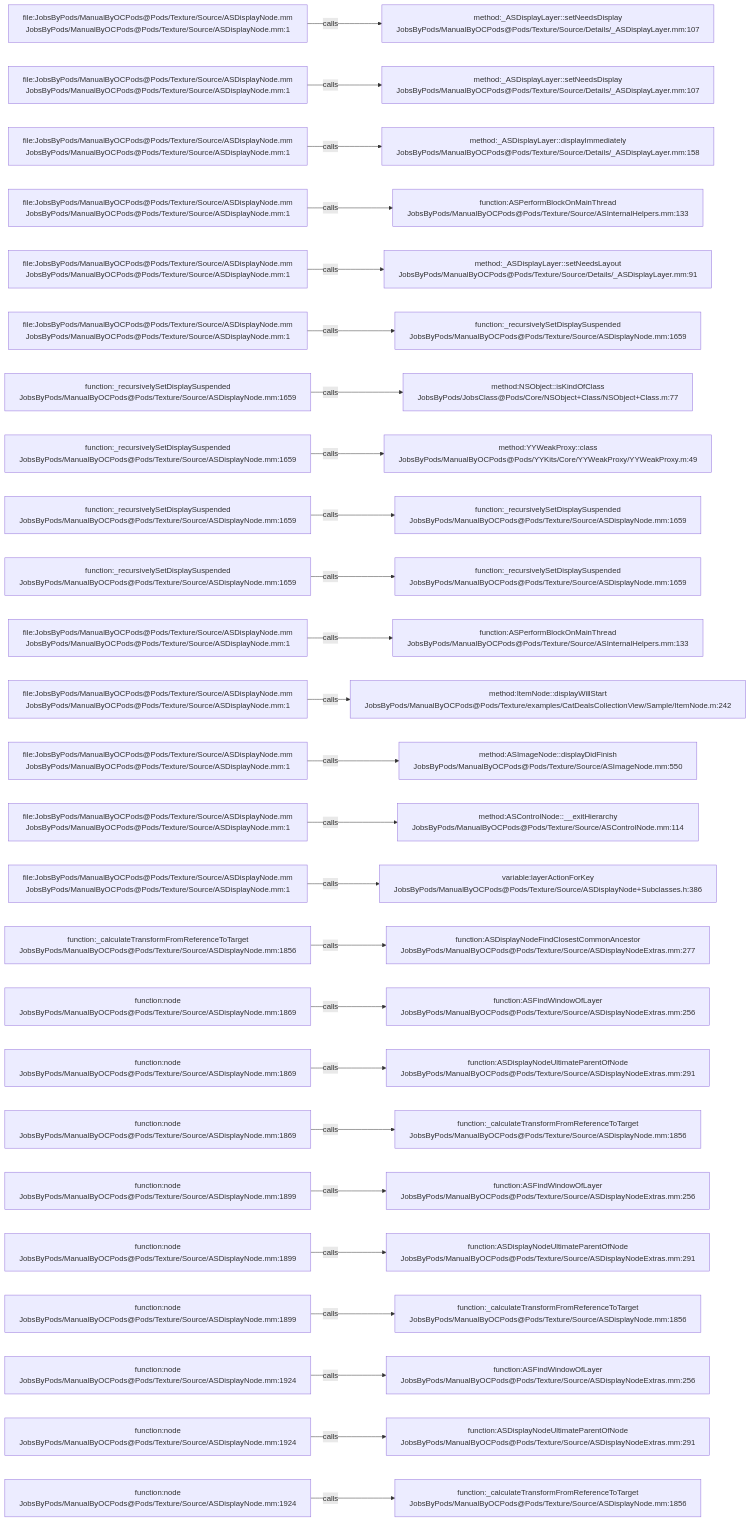
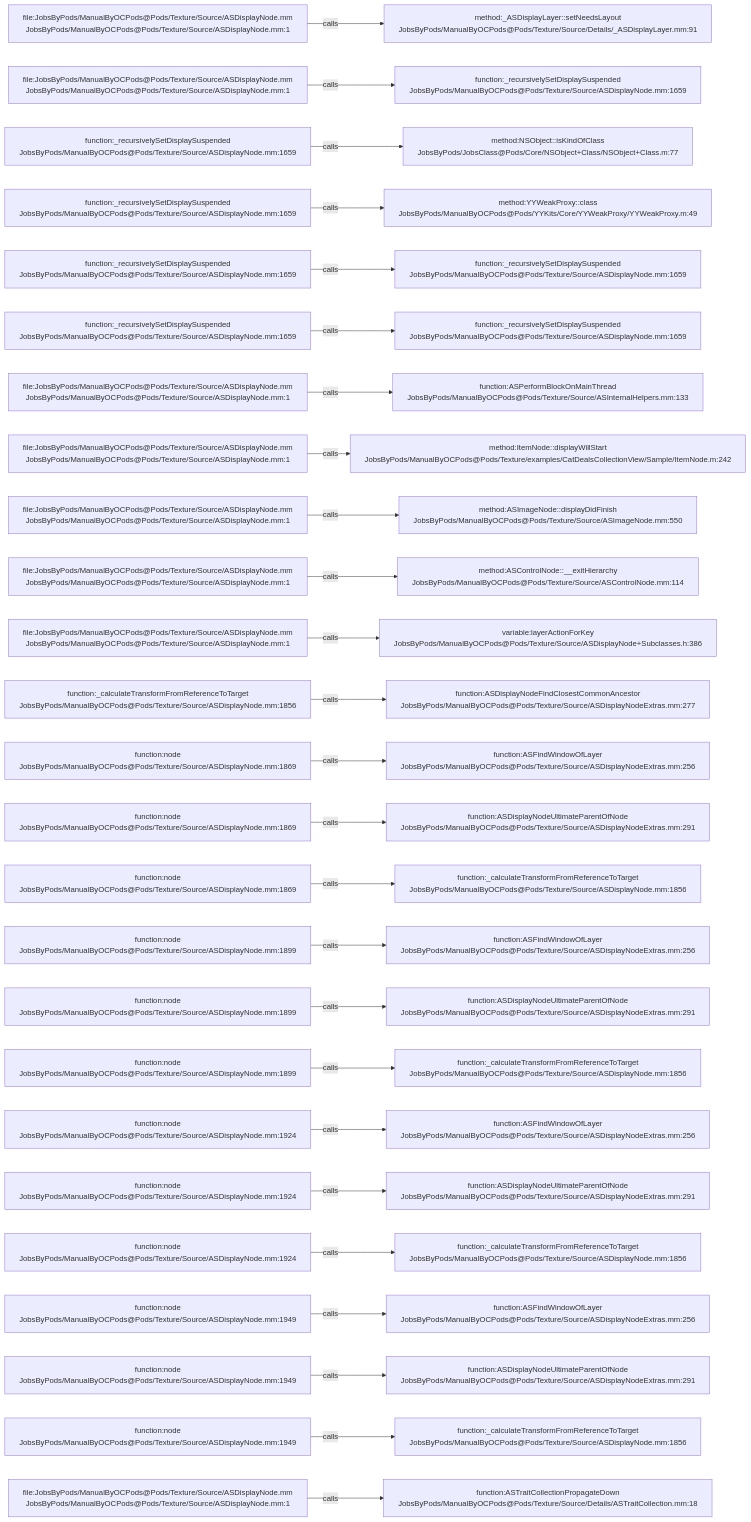
One commit to JobsKits/JobsOCBaseConfigDemo changed the diagram in .codegraph/codegraph.md/graphs/calls-098.md. Above: the diagram before and after it, drawn with Mermaid. The commit also changed 727 other files, not shown here.

````diff
--- a/.codegraph/codegraph.md/graphs/calls-098.md
+++ b/.codegraph/codegraph.md/graphs/calls-098.md
@@ -13,78 +13,78 @@
 ```mermaid
 flowchart LR
   S1["file:JobsByPods/ManualByOCPods@Pods/Texture/Source/ASDisplayNode.mm<br/>JobsByPods/ManualByOCPods@Pods/Texture/Source/ASDisplayNode.mm:1"]
-  T1["method:_ASDisplayLayer::setNeedsDisplay<br/>JobsByPods/ManualByOCPods@Pods/Texture/Source/Details/_ASDisplayLayer.mm:107"]
+  T1["method:_ASDisplayLayer::setNeedsLayout<br/>JobsByPods/ManualByOCPods@Pods/Texture/Source/Details/_ASDisplayLayer.mm:91"]
   S1 -->|calls| T1
   S2["file:JobsByPods/ManualByOCPods@Pods/Texture/Source/ASDisplayNode.mm<br/>JobsByPods/ManualByOCPods@Pods/Texture/Source/ASDisplayNode.mm:1"]
-  T2["method:_ASDisplayLayer::setNeedsDisplay<br/>JobsByPods/ManualByOCPods@Pods/Texture/Source/Details/_ASDisplayLayer.mm:107"]
+  T2["function:_recursivelySetDisplaySuspended<br/>JobsByPods/ManualByOCPods@Pods/Texture/Source/ASDisplayNode.mm:1659"]
   S2 -->|calls| T2
-  S3["file:JobsByPods/ManualByOCPods@Pods/Texture/Source/ASDisplayNode.mm<br/>JobsByPods/ManualByOCPods@Pods/Texture/Source/ASDisplayNode.mm:1"]
-  T3["method:_ASDisplayLayer::displayImmediately<br/>JobsByPods/ManualByOCPods@Pods/Texture/Source/Details/_ASDisplayLayer.mm:158"]
+  S3["function:_recursivelySetDisplaySuspended<br/>JobsByPods/ManualByOCPods@Pods/Texture/Source/ASDisplayNode.mm:1659"]
+  T3["method:NSObject::isKindOfClass<br/>JobsByPods/JobsClass@Pods/Core/NSObject+Class/NSObject+Class.m:77"]
   S3 -->|calls| T3
-  S4["file:JobsByPods/ManualByOCPods@Pods/Texture/Source/ASDisplayNode.mm<br/>JobsByPods/ManualByOCPods@Pods/Texture/Source/ASDisplayNode.mm:1"]
-  T4["function:ASPerformBlockOnMainThread<br/>JobsByPods/ManualByOCPods@Pods/Texture/Source/ASInternalHelpers.mm:133"]
+  S4["function:_recursivelySetDisplaySuspended<br/>JobsByPods/ManualByOCPods@Pods/Texture/Source/ASDisplayNode.mm:1659"]
+  T4["method:YYWeakProxy::class<br/>JobsByPods/ManualByOCPods@Pods/YYKits/Core/YYWeakProxy/YYWeakProxy.m:49"]
   S4 -->|calls| T4
-  S5["file:JobsByPods/ManualByOCPods@Pods/Texture/Source/ASDisplayNode.mm<br/>JobsByPods/ManualByOCPods@Pods/Texture/Source/ASDisplayNode.mm:1"]
-  T5["method:_ASDisplayLayer::setNeedsLayout<br/>JobsByPods/ManualByOCPods@Pods/Texture/Source/Details/_ASDisplayLayer.mm:91"]
+  S5["function:_recursivelySetDisplaySuspended<br/>JobsByPods/ManualByOCPods@Pods/Texture/Source/ASDisplayNode.mm:1659"]
+  T5["function:_recursivelySetDisplaySuspended<br/>JobsByPods/ManualByOCPods@Pods/Texture/Source/ASDisplayNode.mm:1659"]
   S5 -->|calls| T5
-  S6["file:JobsByPods/ManualByOCPods@Pods/Texture/Source/ASDisplayNode.mm<br/>JobsByPods/ManualByOCPods@Pods/Texture/Source/ASDisplayNode.mm:1"]
+  S6["function:_recursivelySetDisplaySuspended<br/>JobsByPods/ManualByOCPods@Pods/Texture/Source/ASDisplayNode.mm:1659"]
   T6["function:_recursivelySetDisplaySuspended<br/>JobsByPods/ManualByOCPods@Pods/Texture/Source/ASDisplayNode.mm:1659"]
   S6 -->|calls| T6
-  S7["function:_recursivelySetDisplaySuspended<br/>JobsByPods/ManualByOCPods@Pods/Texture/Source/ASDisplayNode.mm:1659"]
-  T7["method:NSObject::isKindOfClass<br/>JobsByPods/JobsClass@Pods/Core/NSObject+Class/NSObject+Class.m:77"]
+  S7["file:JobsByPods/ManualByOCPods@Pods/Texture/Source/ASDisplayNode.mm<br/>JobsByPods/ManualByOCPods@Pods/Texture/Source/ASDisplayNode.mm:1"]
+  T7["function:ASPerformBlockOnMainThread<br/>JobsByPods/ManualByOCPods@Pods/Texture/Source/ASInternalHelpers.mm:133"]
   S7 -->|calls| T7
-  S8["function:_recursivelySetDisplaySuspended<br/>JobsByPods/ManualByOCPods@Pods/Texture/Source/ASDisplayNode.mm:1659"]
-  T8["method:YYWeakProxy::class<br/>JobsByPods/ManualByOCPods@Pods/YYKits/Core/YYWeakProxy/YYWeakProxy.m:49"]
+  S8["file:JobsByPods/ManualByOCPods@Pods/Texture/Source/ASDisplayNode.mm<br/>JobsByPods/ManualByOCPods@Pods/Texture/Source/ASDisplayNode.mm:1"]
+  T8["method:ItemNode::displayWillStart<br/>JobsByPods/ManualByOCPods@Pods/Texture/examples/CatDealsCollectionView/Sample/ItemNode.m:242"]
   S8 -->|calls| T8
-  S9["function:_recursivelySetDisplaySuspended<br/>JobsByPods/ManualByOCPods@Pods/Texture/Source/ASDisplayNode.mm:1659"]
-  T9["function:_recursivelySetDisplaySuspended<br/>JobsByPods/ManualByOCPods@Pods/Texture/Source/ASDisplayNode.mm:1659"]
+  S9["file:JobsByPods/ManualByOCPods@Pods/Texture/Source/ASDisplayNode.mm<br/>JobsByPods/ManualByOCPods@Pods/Texture/Source/ASDisplayNode.mm:1"]
+  T9["method:ASImageNode::displayDidFinish<br/>JobsByPods/ManualByOCPods@Pods/Texture/Source/ASImageNode.mm:550"]
   S9 -->|calls| T9
-  S10["function:_recursivelySetDisplaySuspended<br/>JobsByPods/ManualByOCPods@Pods/Texture/Source/ASDisplayNode.mm:1659"]
-  T10["function:_recursivelySetDisplaySuspended<br/>JobsByPods/ManualByOCPods@Pods/Texture/Source/ASDisplayNode.mm:1659"]
+  S10["file:JobsByPods/ManualByOCPods@Pods/Texture/Source/ASDisplayNode.mm<br/>JobsByPods/ManualByOCPods@Pods/Texture/Source/ASDisplayNode.mm:1"]
+  T10["method:ASControlNode::__exitHierarchy<br/>JobsByPods/ManualByOCPods@Pods/Texture/Source/ASControlNode.mm:114"]
   S10 -->|calls| T10
   S11["file:JobsByPods/ManualByOCPods@Pods/Texture/Source/ASDisplayNode.mm<br/>JobsByPods/ManualByOCPods@Pods/Texture/Source/ASDisplayNode.mm:1"]
-  T11["function:ASPerformBlockOnMainThread<br/>JobsByPods/ManualByOCPods@Pods/Texture/Source/ASInternalHelpers.mm:133"]
+  T11["variable:layerActionForKey<br/>JobsByPods/ManualByOCPods@Pods/Texture/Source/ASDisplayNode+Subclasses.h:386"]
   S11 -->|calls| T11
-  S12["file:JobsByPods/ManualByOCPods@Pods/Texture/Source/ASDisplayNode.mm<br/>JobsByPods/ManualByOCPods@Pods/Texture/Source/ASDisplayNode.mm:1"]
-  T12["method:ItemNode::displayWillStart<br/>JobsByPods/ManualByOCPods@Pods/Texture/examples/CatDealsCollectionView/Sample/ItemNode.m:242"]
+  S12["function:_calculateTransformFromReferenceToTarget<br/>JobsByPods/ManualByOCPods@Pods/Texture/Source/ASDisplayNode.mm:1856"]
+  T12["function:ASDisplayNodeFindClosestCommonAncestor<br/>JobsByPods/ManualByOCPods@Pods/Texture/Source/ASDisplayNodeExtras.mm:277"]
   S12 -->|calls| T12
-  S13["file:JobsByPods/ManualByOCPods@Pods/Texture/Source/ASDisplayNode.mm<br/>JobsByPods/ManualByOCPods@Pods/Texture/Source/ASDisplayNode.mm:1"]
-  T13["method:ASImageNode::displayDidFinish<br/>JobsByPods/ManualByOCPods@Pods/Texture/Source/ASImageNode.mm:550"]
+  S13["function:node<br/>JobsByPods/ManualByOCPods@Pods/Texture/Source/ASDisplayNode.mm:1869"]
+  T13["function:ASFindWindowOfLayer<br/>JobsByPods/ManualByOCPods@Pods/Texture/Source/ASDisplayNodeExtras.mm:256"]
   S13 -->|calls| T13
-  S14["file:JobsByPods/ManualByOCPods@Pods/Texture/Source/ASDisplayNode.mm<br/>JobsByPods/ManualByOCPods@Pods/Texture/Source/ASDisplayNode.mm:1"]
-  T14["method:ASControlNode::__exitHierarchy<br/>JobsByPods/ManualByOCPods@Pods/Texture/Source/ASControlNode.mm:114"]
+  S14["function:node<br/>JobsByPods/ManualByOCPods@Pods/Texture/Source/ASDisplayNode.mm:1869"]
+  T14["function:ASDisplayNodeUltimateParentOfNode<br/>JobsByPods/ManualByOCPods@Pods/Texture/Source/ASDisplayNodeExtras.mm:291"]
   S14 -->|calls| T14
-  S15["file:JobsByPods/ManualByOCPods@Pods/Texture/Source/ASDisplayNode.mm<br/>JobsByPods/ManualByOCPods@Pods/Texture/Source/ASDisplayNode.mm:1"]
-  T15["variable:layerActionForKey<br/>JobsByPods/ManualByOCPods@Pods/Texture/Source/ASDisplayNode+Subclasses.h:386"]
+  S15["function:node<br/>JobsByPods/ManualByOCPods@Pods/Texture/Source/ASDisplayNode.mm:1869"]
+  T15["function:_calculateTransformFromReferenceToTarget<br/>JobsByPods/ManualByOCPods@Pods/Texture/Source/ASDisplayNode.mm:1856"]
   S15 -->|calls| T15
-  S16["function:_calculateTransformFromReferenceToTarget<br/>JobsByPods/ManualByOCPods@Pods/Texture/Source/ASDisplayNode.mm:1856"]
-  T16["function:ASDisplayNodeFindClosestCommonAncestor<br/>JobsByPods/ManualByOCPods@Pods/Texture/Source/ASDisplayNodeExtras.mm:277"]
+  S16["function:node<br/>JobsByPods/ManualByOCPods@Pods/Texture/Source/ASDisplayNode.mm:1899"]
+  T16["function:ASFindWindowOfLayer<br/>JobsByPods/ManualByOCPods@Pods/Texture/Source/ASDisplayNodeExtras.mm:256"]
   S16 -->|calls| T16
-  S17["function:node<br/>JobsByPods/ManualByOCPods@Pods/Texture/Source/ASDisplayNode.mm:1869"]
-  T17["function:ASFindWindowOfLayer<br/>JobsByPods/ManualByOCPods@Pods/Texture/Source/ASDisplayNodeExtras.mm:256"]
+  S17["function:node<br/>JobsByPods/ManualByOCPods@Pods/Texture/Source/ASDisplayNode.mm:1899"]
+  T17["function:ASDisplayNodeUltimateParentOfNode<br/>JobsByPods/ManualByOCPods@Pods/Texture/Source/ASDisplayNodeExtras.mm:291"]
   S17 -->|calls| T17
-  S18["function:node<br/>JobsByPods/ManualByOCPods@Pods/Texture/Source/ASDisplayNode.mm:1869"]
-  T18["function:ASDisplayNodeUltimateParentOfNode<br/>JobsByPods/ManualByOCPods@Pods/Texture/Source/ASDisplayNodeExtras.mm:291"]
+  S18["function:node<br/>JobsByPods/ManualByOCPods@Pods/Texture/Source/ASDisplayNode.mm:1899"]
+  T18["function:_calculateTransformFromReferenceToTarget<br/>JobsByPods/ManualByOCPods@Pods/Texture/Source/ASDisplayNode.mm:1856"]
   S18 -->|calls| T18
-  S19["function:node<br/>JobsByPods/ManualByOCPods@Pods/Texture/Source/ASDisplayNode.mm:1869"]
-  T19["function:_calculateTransformFromReferenceToTarget<br/>JobsByPods/ManualByOCPods@Pods/Texture/Source/ASDisplayNode.mm:1856"]
+  S19["function:node<br/>JobsByPods/ManualByOCPods@Pods/Texture/Source/ASDisplayNode.mm:1924"]
+  T19["function:ASFindWindowOfLayer<br/>JobsByPods/ManualByOCPods@Pods/Texture/Source/ASDisplayNodeExtras.mm:256"]
   S19 -->|calls| T19
-  S20["function:node<br/>JobsByPods/ManualByOCPods@Pods/Texture/Source/ASDisplayNode.mm:1899"]
-  T20["function:ASFindWindowOfLayer<br/>JobsByPods/ManualByOCPods@Pods/Texture/Source/ASDisplayNodeExtras.mm:256"]
+  S20["function:node<br/>JobsByPods/ManualByOCPods@Pods/Texture/Source/ASDisplayNode.mm:1924"]
+  T20["function:ASDisplayNodeUltimateParentOfNode<br/>JobsByPods/ManualByOCPods@Pods/Texture/Source/ASDisplayNodeExtras.mm:291"]
   S20 -->|calls| T20
-  S21["function:node<br/>JobsByPods/ManualByOCPods@Pods/Texture/Source/ASDisplayNode.mm:1899"]
-  T21["function:ASDisplayNodeUltimateParentOfNode<br/>JobsByPods/ManualByOCPods@Pods/Texture/Source/ASDisplayNodeExtras.mm:291"]
+  S21["function:node<br/>JobsByPods/ManualByOCPods@Pods/Texture/Source/ASDisplayNode.mm:1924"]
+  T21["function:_calculateTransformFromReferenceToTarget<br/>JobsByPods/ManualByOCPods@Pods/Texture/Source/ASDisplayNode.mm:1856"]
   S21 -->|calls| T21
-  S22["function:node<br/>JobsByPods/ManualByOCPods@Pods/Texture/Source/ASDisplayNode.mm:1899"]
-  T22["function:_calculateTransformFromReferenceToTarget<br/>JobsByPods/ManualByOCPods@Pods/Texture/Source/ASDisplayNode.mm:1856"]
+  S22["function:node<br/>JobsByPods/ManualByOCPods@Pods/Texture/Source/ASDisplayNode.mm:1949"]
+  T22["function:ASFindWindowOfLayer<br/>JobsByPods/ManualByOCPods@Pods/Texture/Source/ASDisplayNodeExtras.mm:256"]
   S22 -->|calls| T22
-  S23["function:node<br/>JobsByPods/ManualByOCPods@Pods/Texture/Source/ASDisplayNode.mm:1924"]
-  T23["function:ASFindWindowOfLayer<br/>JobsByPods/ManualByOCPods@Pods/Texture/Source/ASDisplayNodeExtras.mm:256"]
+  S23["function:node<br/>JobsByPods/ManualByOCPods@Pods/Texture/Source/ASDisplayNode.mm:1949"]
+  T23["function:ASDisplayNodeUltimateParentOfNode<br/>JobsByPods/ManualByOCPods@Pods/Texture/Source/ASDisplayNodeExtras.mm:291"]
   S23 -->|calls| T23
-  S24["function:node<br/>JobsByPods/ManualByOCPods@Pods/Texture/Source/ASDisplayNode.mm:1924"]
-  T24["function:ASDisplayNodeUltimateParentOfNode<br/>JobsByPods/ManualByOCPods@Pods/Texture/Source/ASDisplayNodeExtras.mm:291"]
+  S24["function:node<br/>JobsByPods/ManualByOCPods@Pods/Texture/Source/ASDisplayNode.mm:1949"]
+  T24["function:_calculateTransformFromReferenceToTarget<br/>JobsByPods/ManualByOCPods@Pods/Texture/Source/ASDisplayNode.mm:1856"]
   S24 -->|calls| T24
-  S25["function:node<br/>JobsByPods/ManualByOCPods@Pods/Texture/Source/ASDisplayNode.mm:1924"]
-  T25["function:_calculateTransformFromReferenceToTarget<br/>JobsByPods/ManualByOCPods@Pods/Texture/Source/ASDisplayNode.mm:1856"]
+  S25["file:JobsByPods/ManualByOCPods@Pods/Texture/Source/ASDisplayNode.mm<br/>JobsByPods/ManualByOCPods@Pods/Texture/Source/ASDisplayNode.mm:1"]
+  T25["function:ASTraitCollectionPropagateDown<br/>JobsByPods/ManualByOCPods@Pods/Texture/Source/Details/ASTraitCollection.mm:18"]
   S25 -->|calls| T25
 ```
````
